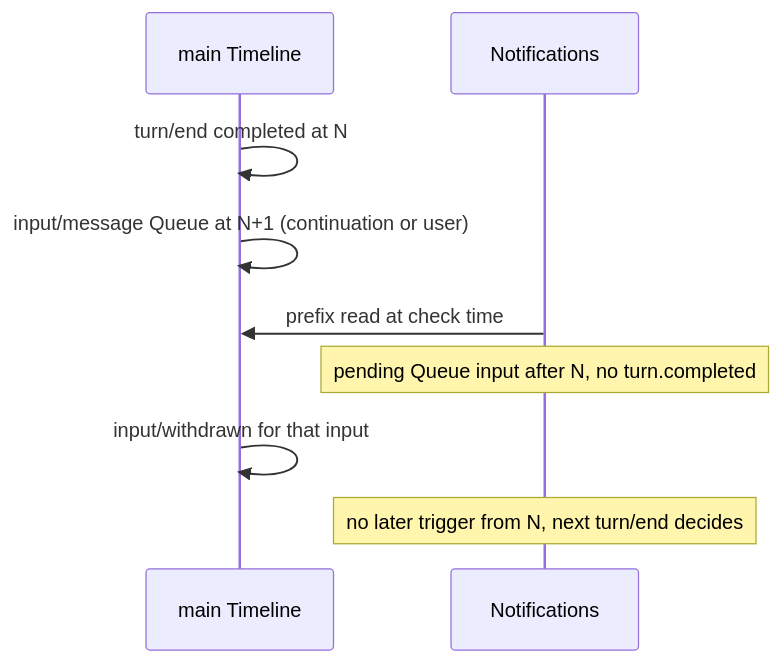
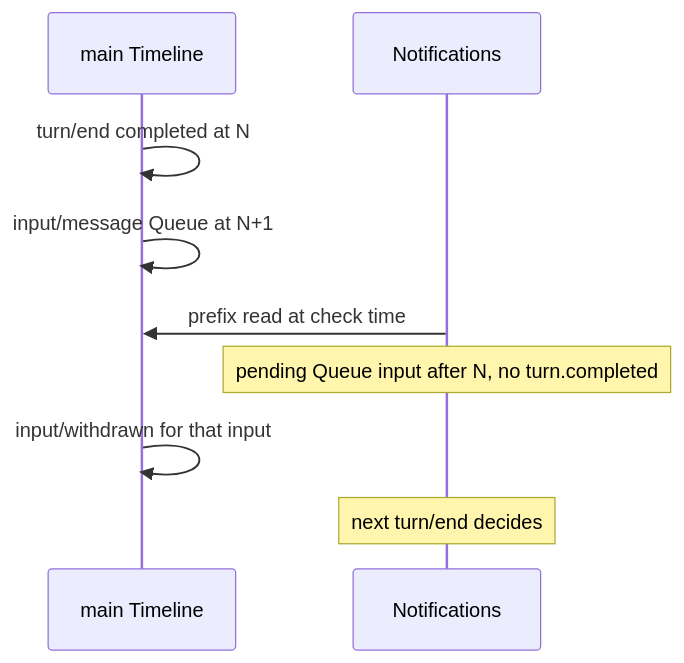
One commit to CoutinhoTTS/dim-agent changed the sixth of 6 diagrams in docs/design/plugins/Notifications.md. Above: the diagram before and after it, drawn with Mermaid. The commit also changed other lines of this file and 3 other files, not shown here.

````diff
--- a/docs/design/plugins/Notifications.md
+++ b/docs/design/plugins/Notifications.md
@@ -143,11 +132,11 @@
 ```mermaid
 sequenceDiagram
   participant TL as main Timeline
   participant NP as Notifications
   TL->>TL: turn/end completed at N
-  TL->>TL: input/message Queue at N+1 (continuation or user)
+  TL->>TL: input/message Queue at N+1
   NP->>TL: prefix read at check time
   Note over NP: pending Queue input after N, no turn.completed
   TL->>TL: input/withdrawn for that input
-  Note over NP: no later trigger from N, next turn/end decides
+  Note over NP: next turn/end decides
 ```
````
